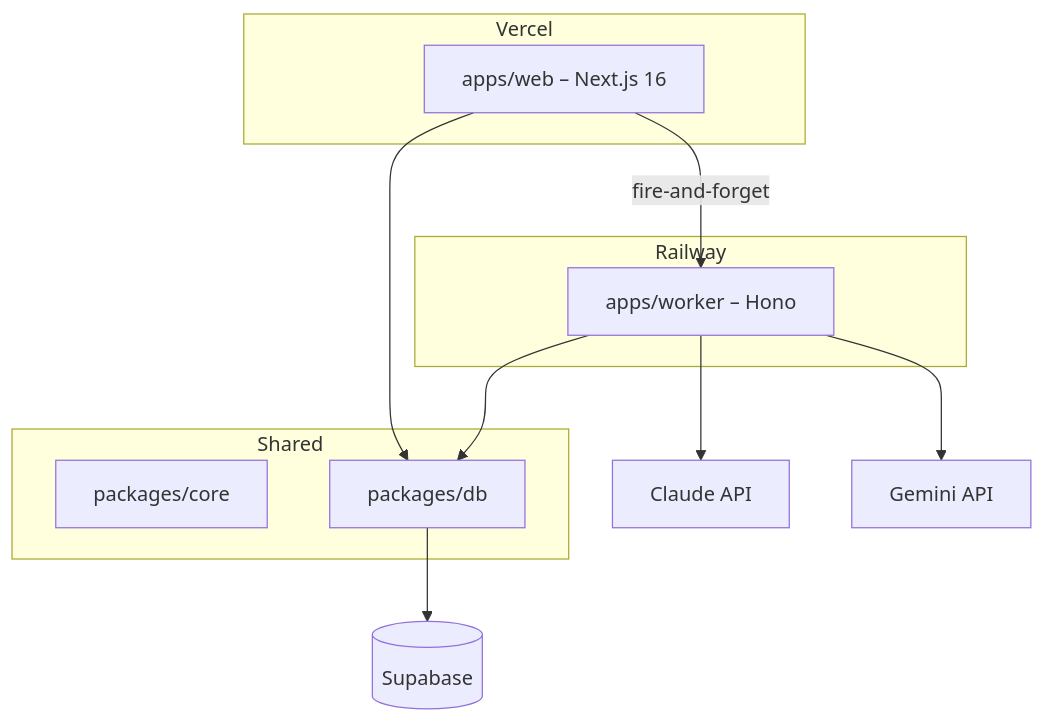
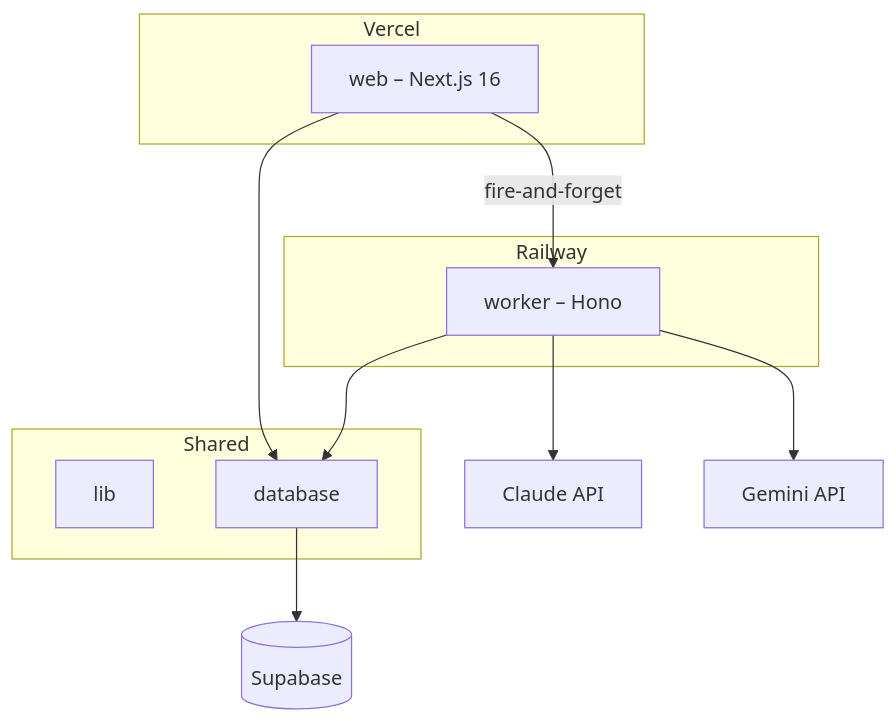
Before and after one commit to carbonsynctech/clermont-ai-portal: the diagram in README.md, drawn with Mermaid. The commit also changed other lines of this file and 289 other files, not shown here.

````diff
--- a/README.md
+++ b/README.md
@@ -7,18 +7,18 @@
 ```mermaid
 graph TD
     subgraph Vercel
-        Web[apps/web – Next.js 16]
+        Web[web – Next.js 16]
     end
     subgraph Railway
-        Worker[apps/worker – Hono]
+        Worker[worker – Hono]
     end
     subgraph Shared
-        Core[packages/core]
-        DB[packages/db]
+        Core[lib]
+        DB[database]
     end
     Web -->|fire-and-forget| Worker
     Worker --> Claude[Claude API]
     Worker --> Gemini[Gemini API]
     Web & Worker --> DB
     DB --> Supabase[(Supabase)]
 ```
````
